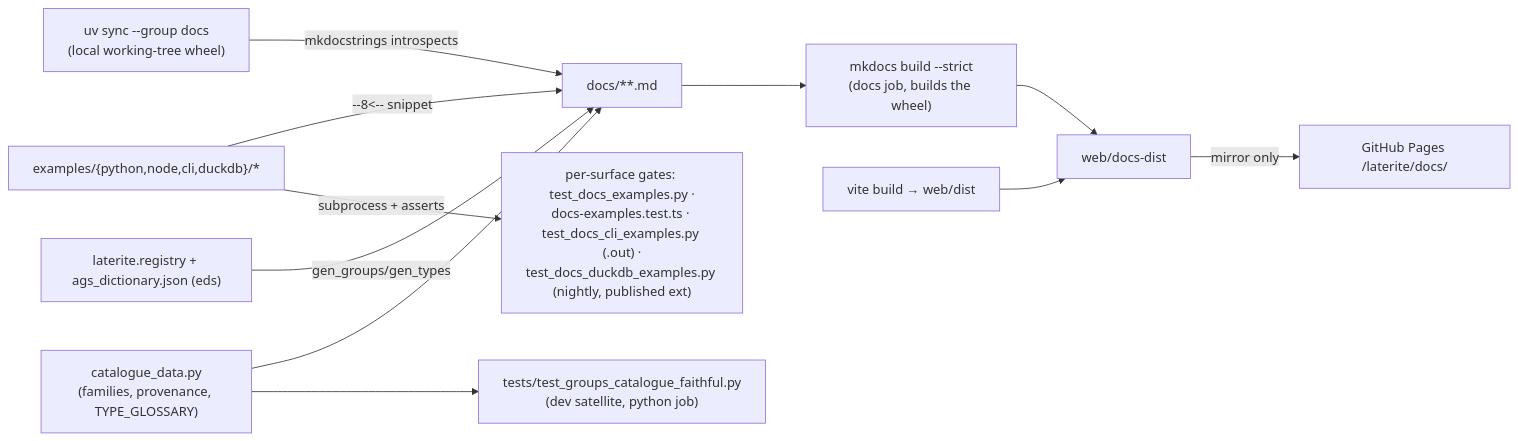
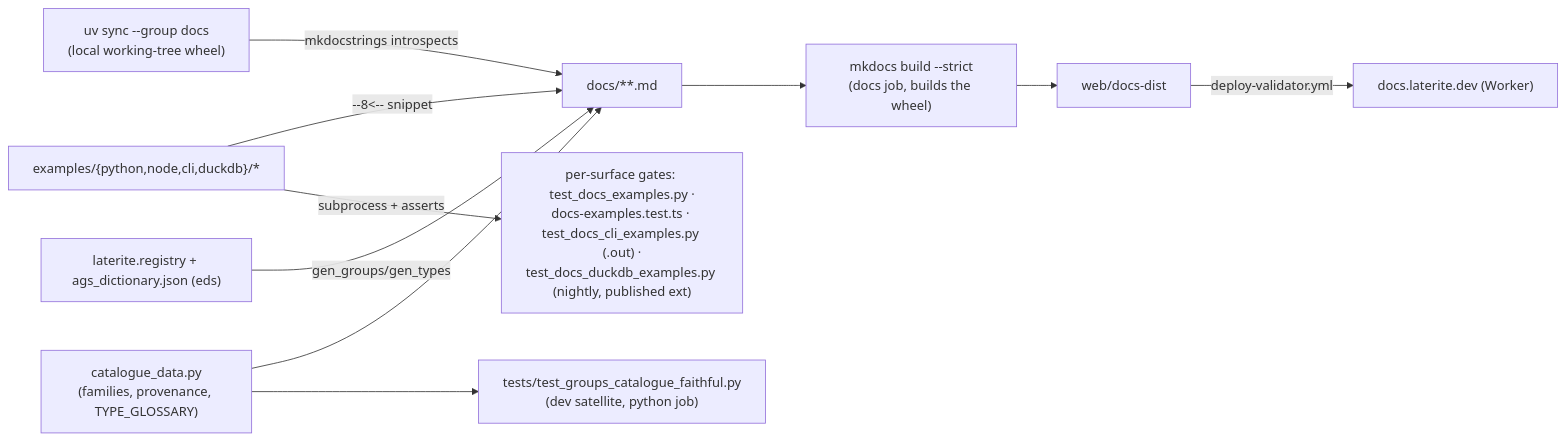
Before and after one commit to niko86/laterite: the diagram in ags-wiki/concepts/docs-site.md, drawn with Mermaid. The commit also changed other lines of this file and 32 other files, not shown here.

````diff
--- a/ags-wiki/concepts/docs-site.md
+++ b/ags-wiki/concepts/docs-site.md
@@ -547,13 +547,12 @@
 ```mermaid
 flowchart LR
   ex["examples/{python,node,cli,duckdb}/*"] -->|--8<-- snippet| page["docs/**.md"]
   ex -->|subprocess + asserts| gate["per-surface gates: test_docs_examples.py ·<br/>docs-examples.test.ts · test_docs_cli_examples.py (.out) ·<br/>test_docs_duckdb_examples.py (nightly, published ext)"]
   wheel["uv sync --group docs<br/>(local working-tree wheel)"] -->|mkdocstrings introspects| page
   reg["laterite.registry + ags_dictionary.json (eds)"] -->|gen_groups/gen_types| page
   cd["catalogue_data.py<br/>(families, provenance, TYPE_GLOSSARY)"] --> page
   cd --> cgate["tests/test_groups_catalogue_faithful.py<br/>(dev satellite, python job)"]
   page --> strict["mkdocs build --strict<br/>(docs job, builds the wheel)"]
   strict --> art["web/docs-dist"]
-  vite["vite build → web/dist"] --> art
-  art -->|mirror only| pages["GitHub Pages /laterite/docs/"]
+  art -->|deploy-validator.yml| pages["docs.laterite.dev (Worker)"]
 ```
````
